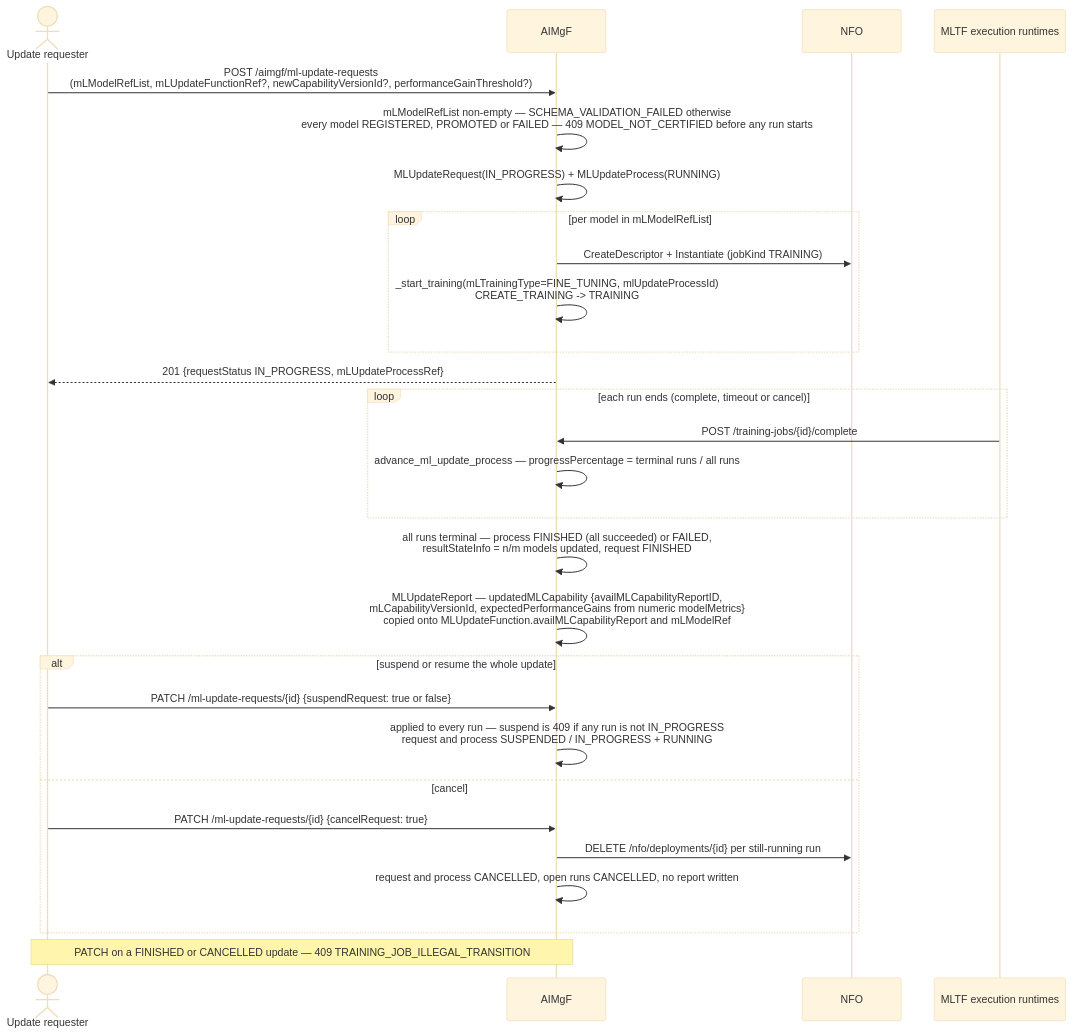
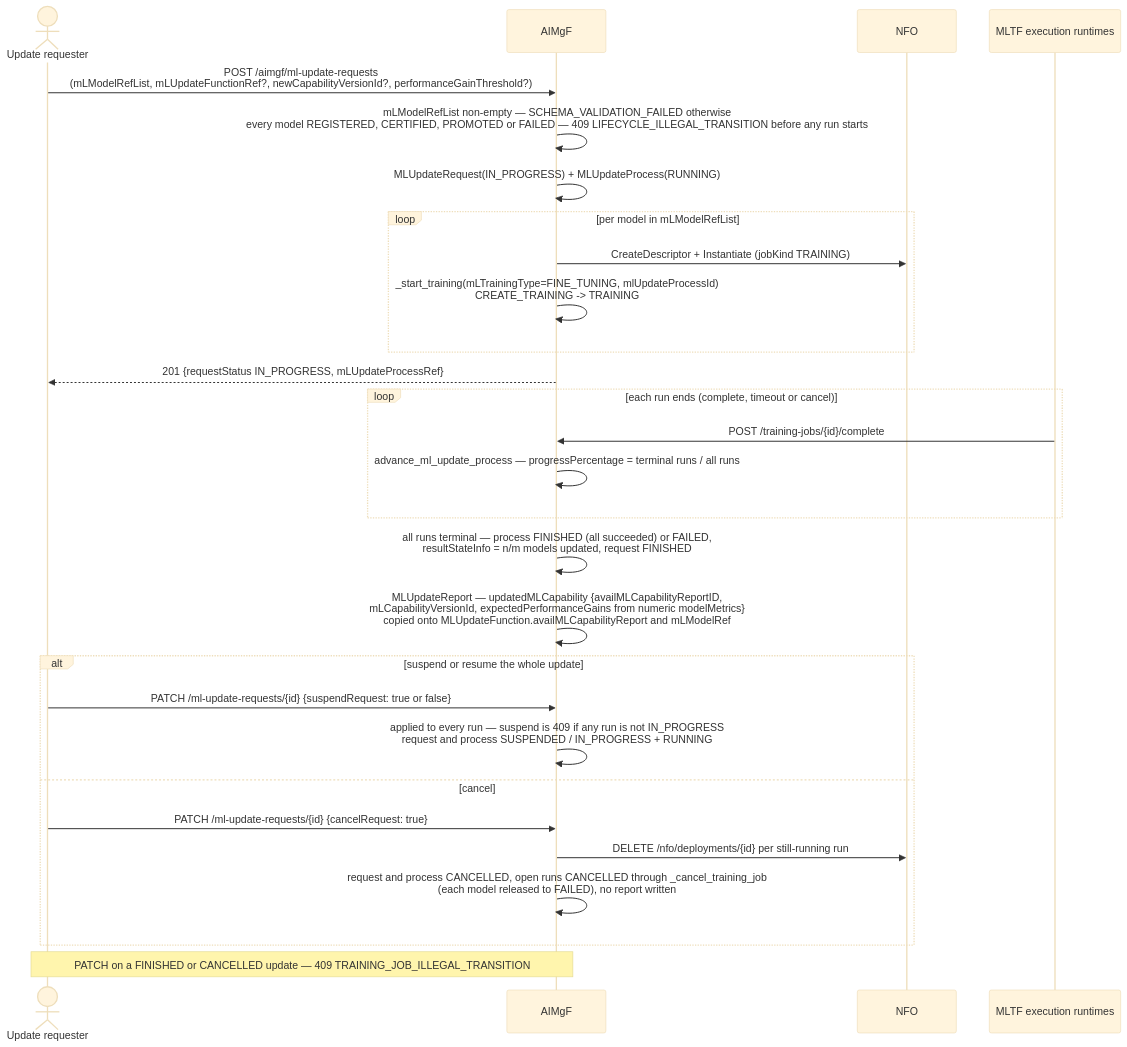
One commit to rsys-bshankar/ai-ran-ref changed the second of 4 diagrams in smo/docs/call-flows/27-ts28105-provisioning-resources.md. Above: the diagram before and after it, drawn with Mermaid (base theme). The commit also changed other lines of this file and 46 other files, not shown here.

````diff
--- a/smo/docs/call-flows/27-ts28105-provisioning-resources.md
+++ b/smo/docs/call-flows/27-ts28105-provisioning-resources.md
@@ -83,33 +86,33 @@
 ```mermaid
 sequenceDiagram
     actor Requester as Update requester
     participant AIMgF as AIMgF
     participant NFO as NFO
     participant MLTF as MLTF execution runtimes
 
     Requester->>AIMgF: POST /aimgf/ml-update-requests<br/>(mLModelRefList, mLUpdateFunctionRef?, newCapabilityVersionId?, performanceGainThreshold?)
-    AIMgF->>AIMgF: mLModelRefList non-empty — SCHEMA_VALIDATION_FAILED otherwise<br/>every model REGISTERED, PROMOTED or FAILED — 409 MODEL_NOT_CERTIFIED before any run starts
+    AIMgF->>AIMgF: mLModelRefList non-empty — SCHEMA_VALIDATION_FAILED otherwise<br/>every model REGISTERED, CERTIFIED, PROMOTED or FAILED — 409 LIFECYCLE_ILLEGAL_TRANSITION before any run starts
     AIMgF->>AIMgF: MLUpdateRequest(IN_PROGRESS) + MLUpdateProcess(RUNNING)
     loop per model in mLModelRefList
         AIMgF->>NFO: CreateDescriptor + Instantiate (jobKind TRAINING)
         AIMgF->>AIMgF: _start_training(mLTrainingType=FINE_TUNING, mlUpdateProcessId)<br/>CREATE_TRAINING -> TRAINING
     end
     AIMgF-->>Requester: 201 {requestStatus IN_PROGRESS, mLUpdateProcessRef}
 
     loop each run ends (complete, timeout or cancel)
         MLTF->>AIMgF: POST /training-jobs/{id}/complete
         AIMgF->>AIMgF: advance_ml_update_process — progressPercentage = terminal runs / all runs
     end
     AIMgF->>AIMgF: all runs terminal — process FINISHED (all succeeded) or FAILED,<br/>resultStateInfo = n/m models updated, request FINISHED
     AIMgF->>AIMgF: MLUpdateReport — updatedMLCapability {availMLCapabilityReportID,<br/>mLCapabilityVersionId, expectedPerformanceGains from numeric modelMetrics}<br/>copied onto MLUpdateFunction.availMLCapabilityReport and mLModelRef
 
     alt suspend or resume the whole update
         Requester->>AIMgF: PATCH /ml-update-requests/{id} {suspendRequest: true or false}
         AIMgF->>AIMgF: applied to every run — suspend is 409 if any run is not IN_PROGRESS<br/>request and process SUSPENDED / IN_PROGRESS + RUNNING
     else cancel
         Requester->>AIMgF: PATCH /ml-update-requests/{id} {cancelRequest: true}
         AIMgF->>NFO: DELETE /nfo/deployments/{id} per still-running run
-        AIMgF->>AIMgF: request and process CANCELLED, open runs CANCELLED, no report written
+        AIMgF->>AIMgF: request and process CANCELLED, open runs CANCELLED through _cancel_training_job<br/>(each model released to FAILED), no report written
     end
     Note over Requester,AIMgF: PATCH on a FINISHED or CANCELLED update — 409 TRAINING_JOB_ILLEGAL_TRANSITION
 ```
````
